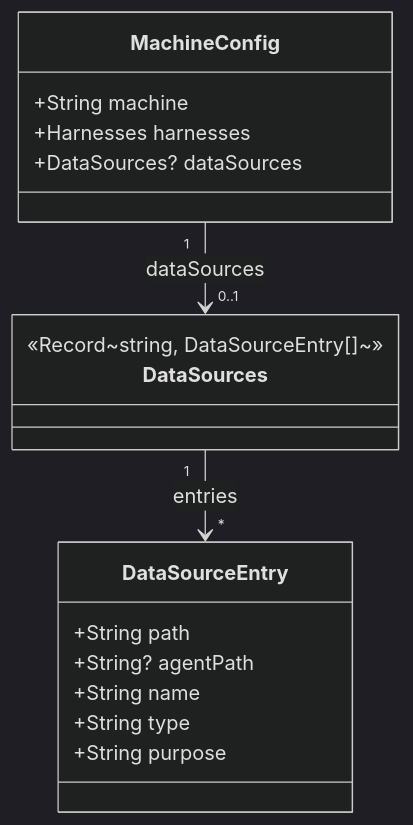
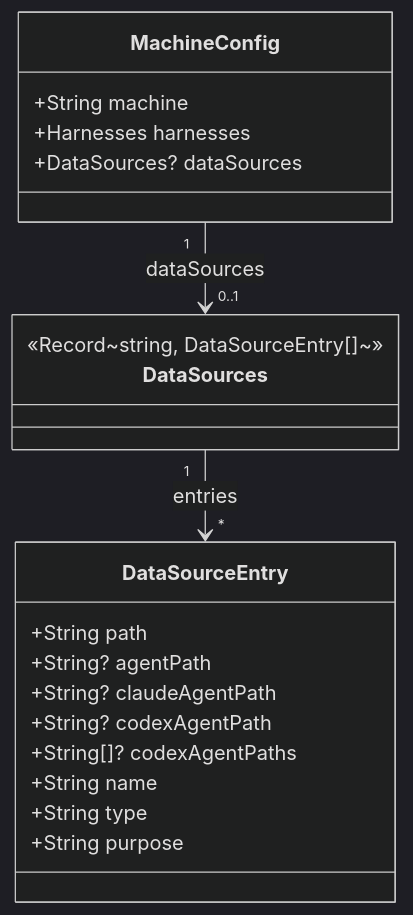
The second of 12 diagrams in server/zz-reach2/architecture/agents/archi-agent-builder.md (Kyliathy/context-core), drawn with Mermaid (dark theme) before and after one commit. The commit also changed other lines of this file and 23 other files, not shown here.

First line of the commit message:
feat(agent-builder): add Codex agent support and improve multi-path handling

````diff
--- a/server/zz-reach2/architecture/agents/archi-agent-builder.md
+++ b/server/zz-reach2/architecture/agents/archi-agent-builder.md
@@ -102,23 +117,26 @@
 ```mermaid
 classDiagram
     class MachineConfig {
         +String machine
         +Harnesses harnesses
         +DataSources? dataSources
     }
 
     class DataSources {
         <<Record~string, DataSourceEntry[]~>>
     }
 
     class DataSourceEntry {
         +String path
         +String? agentPath
+        +String? claudeAgentPath
+        +String? codexAgentPath
+        +String[]? codexAgentPaths
         +String name
         +String type
         +String purpose
     }
 
     MachineConfig "1" --> "0..1" DataSources : dataSources
     DataSources "1" --> "*" DataSourceEntry : entries
 ```
````
